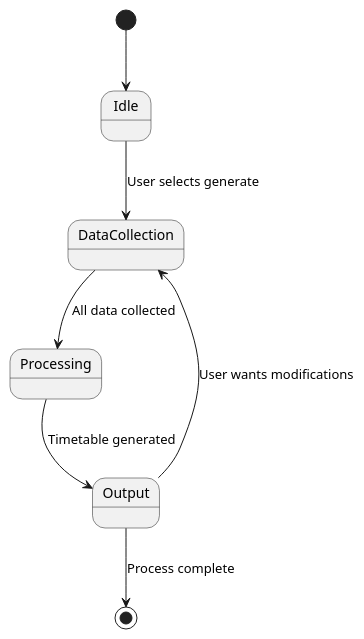
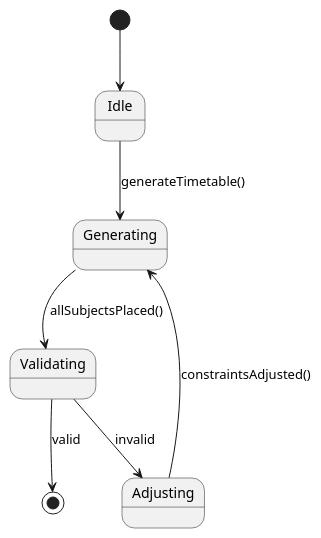
One commit to BhaveshSabharwal/JAVA-and-DSA-Sem-end-Project changed the diagram in UML/code/State.puml. Above: the diagram before and after it, drawn with PlantUML. The commit also changed 21 other files, not shown here.

Commit message:
Updated UML diagrams

```diff
--- a/UML/code/State.puml
+++ b/UML/code/State.puml
@@ -1,8 +1,8 @@
-@startuml
+@startuml state
 [*] --> Idle
-Idle --> DataCollection: User selects generate
-DataCollection --> Processing: All data collected
-Processing --> Output: Timetable generated
-Output --> [*]: Process complete
-Output --> DataCollection: User wants modifications
+Idle --> Generating: generateTimetable()
+Generating --> Validating: allSubjectsPlaced()
+Validating --> [*]: valid
+Validating --> Adjusting: invalid
+Adjusting --> Generating: constraintsAdjusted()
 @enduml
```
